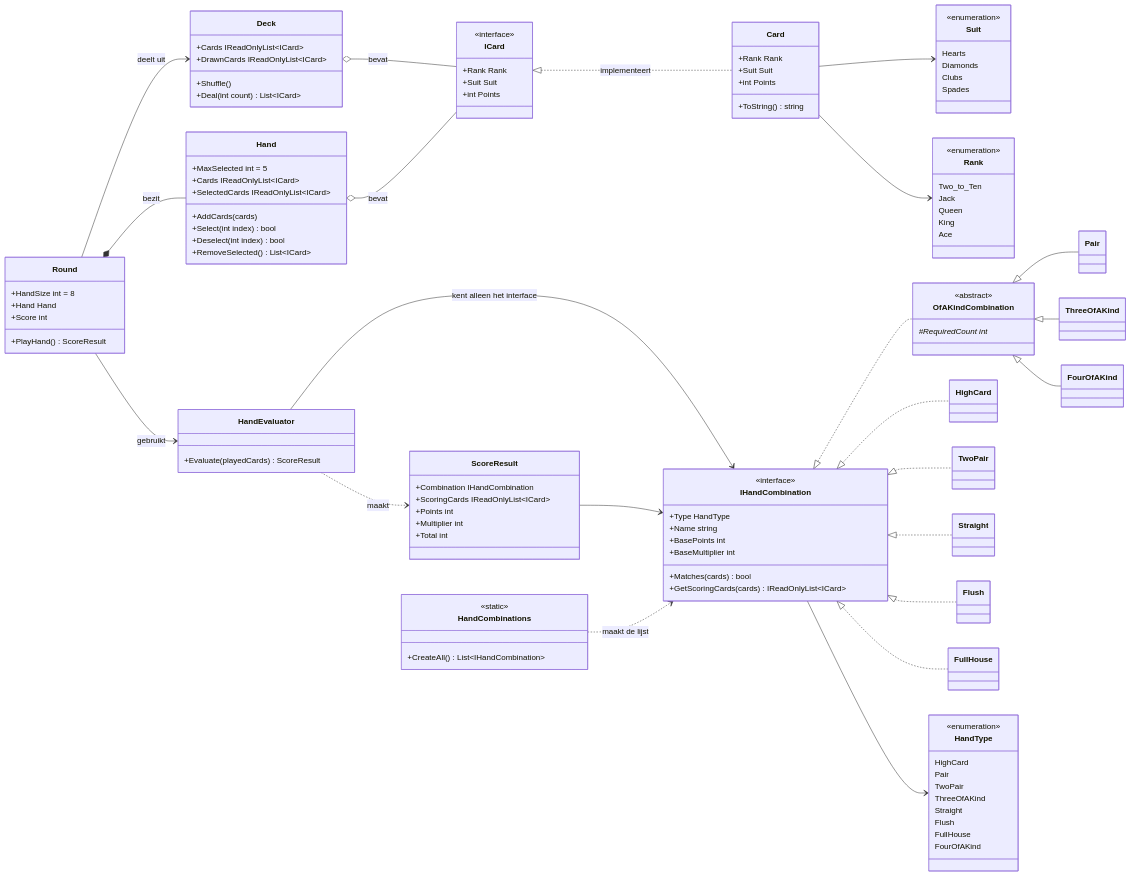
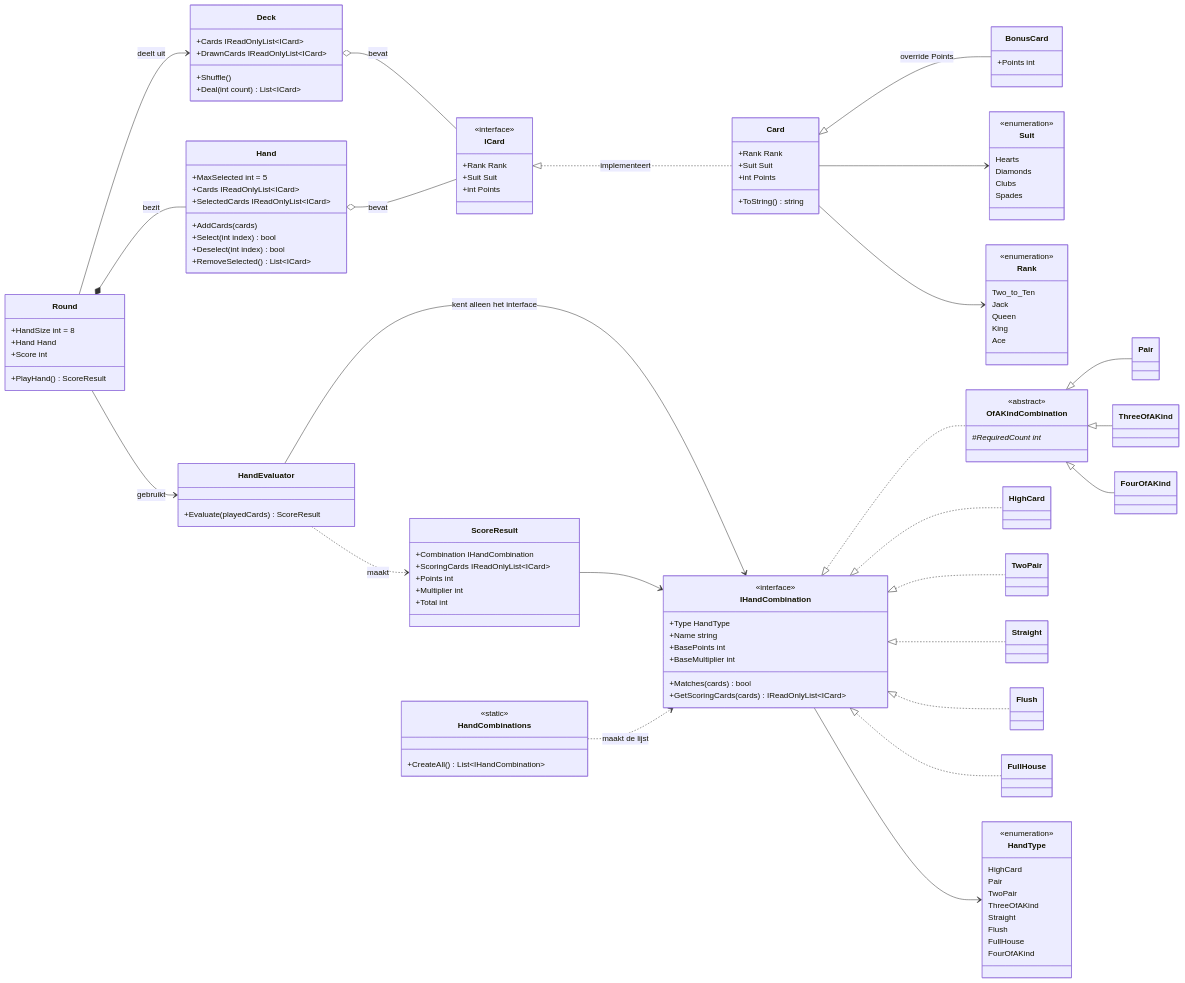
One commit to Esimaker/Balatro-Project changed the diagram in docs/klassendiagram.md. Above: the diagram before and after it, drawn with Mermaid. The commit also changed 1 other file, not shown here.

Commit message:
README and class diagram: BonusCard, and must-haves versus extensions

```diff
--- a/docs/klassendiagram.md
+++ b/docs/klassendiagram.md
@@ -19,6 +19,9 @@
         +Suit Suit
         +int Points
         +ToString() string
+    }
+    class BonusCard {
+        +Points int
     }
     class Deck {
         +Cards IReadOnlyList~ICard~
@@ -107,6 +110,7 @@
 
     %% ---------- Relations ----------
     ICard <|.. Card : implementeert
+    Card <|-- BonusCard : override Points
     Card --> Rank
     Card --> Suit
     Deck o-- ICard : bevat
```
